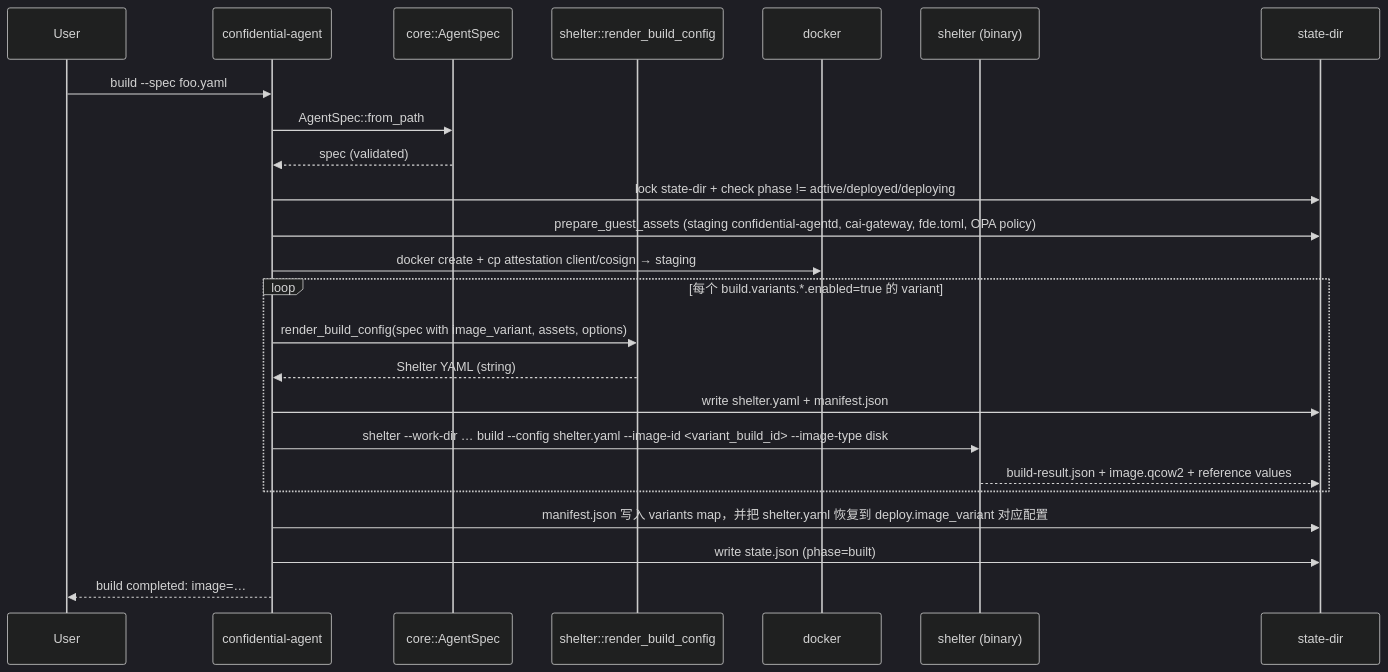
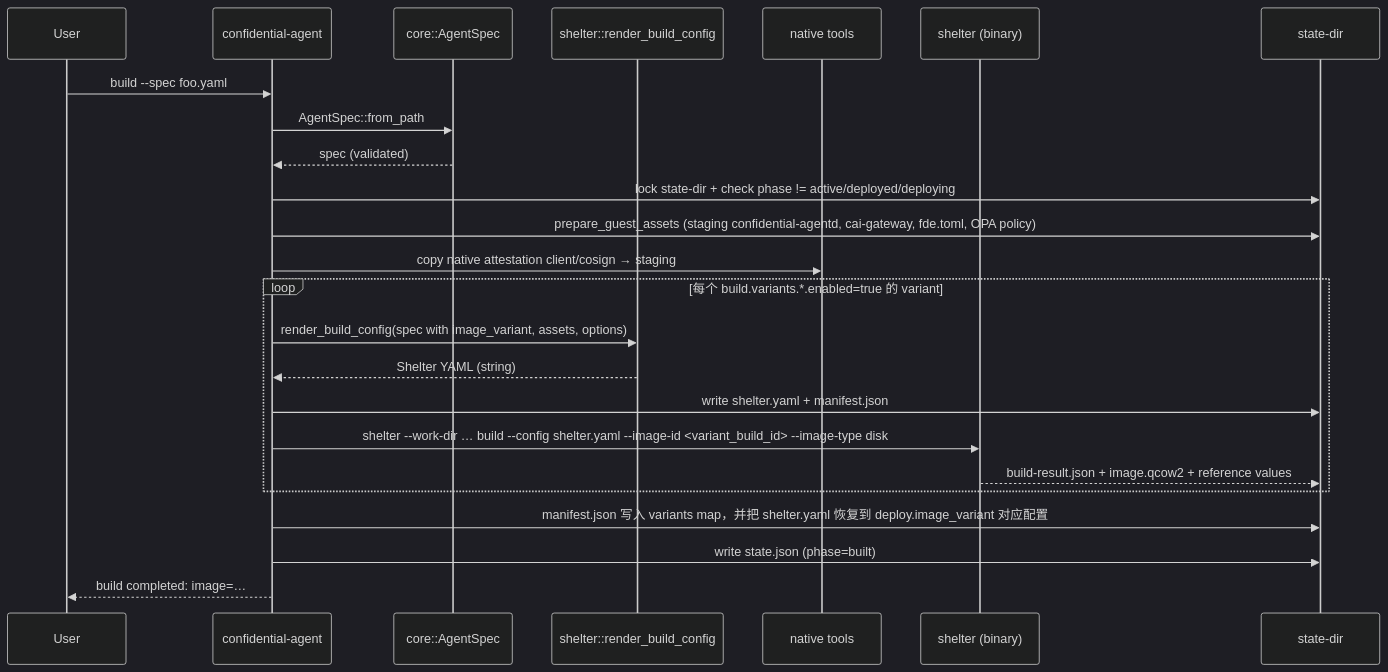
The third of 7 diagrams in docs/architecture.md (wdsun1008/confidential-agent), drawn with Mermaid (dark theme) before and after one commit. The commit also changed other lines of this file and 51 other files, not shown here.

Commit message:
feat: package native cagent tools without host Docker

````diff
--- a/docs/architecture.md
+++ b/docs/architecture.md
@@ -56,27 +56,27 @@
 ```mermaid
 sequenceDiagram
     participant U as User
     participant CLI as confidential-agent
     participant Core as core::AgentSpec
     participant SH as shelter::render_build_config
-    participant Docker as docker
+    participant Tools as native tools
     participant SHB as shelter (binary)
     participant FS as state-dir
 
     U->>CLI: build --spec foo.yaml
     CLI->>Core: AgentSpec::from_path
     Core-->>CLI: spec (validated)
     CLI->>FS: lock state-dir + check phase != active/deployed/deploying
     CLI->>FS: prepare_guest_assets (staging confidential-agentd, cai-gateway, fde.toml, OPA policy)
-    CLI->>Docker: docker create + cp attestation client/cosign → staging
+    CLI->>Tools: copy native attestation client/cosign → staging
     loop 每个 build.variants.*.enabled=true 的 variant
         CLI->>SH: render_build_config(spec with image_variant, assets, options)
         SH-->>CLI: Shelter YAML (string)
         CLI->>FS: write shelter.yaml + manifest.json
         CLI->>SHB: shelter --work-dir … build --config shelter.yaml --image-id <variant_build_id> --image-type disk
         SHB-->>FS: build-result.json + image.qcow2 + reference values
     end
     CLI->>FS: manifest.json 写入 variants map，并把 shelter.yaml 恢复到 deploy.image_variant 对应配置
     CLI->>FS: write state.json (phase=built)
     CLI-->>U: build completed: image=…
 ```
````
